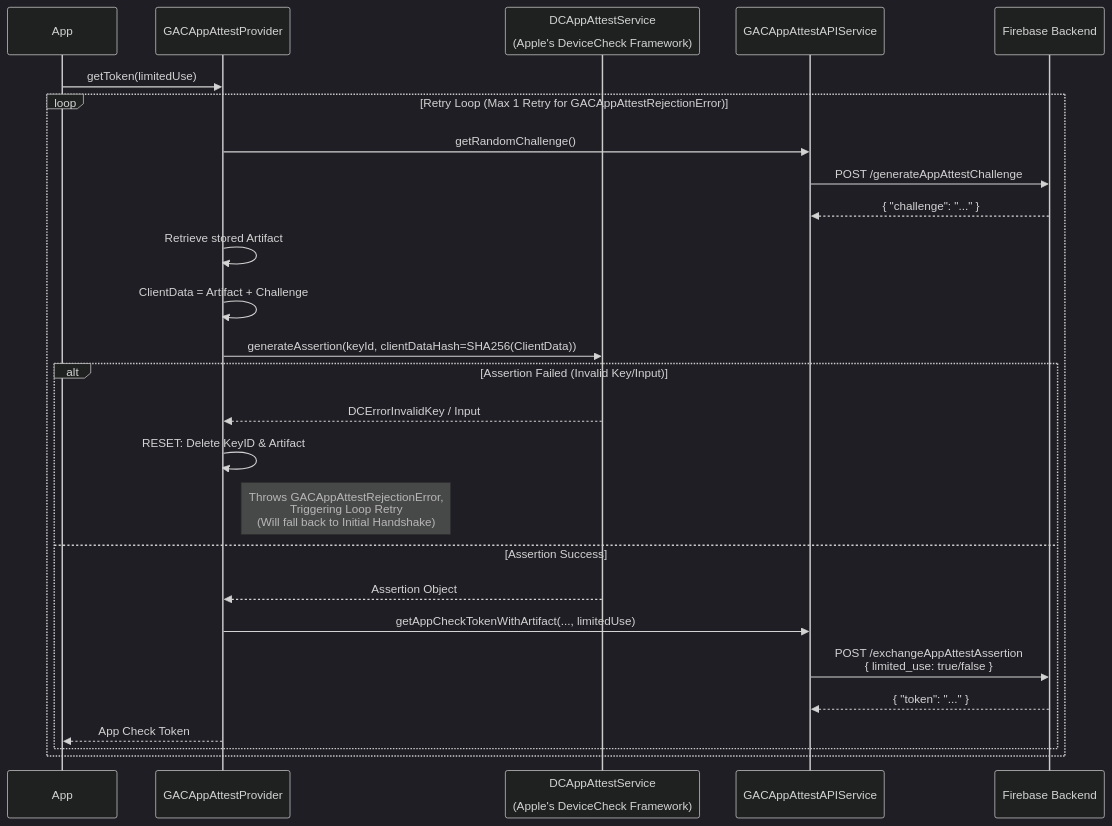
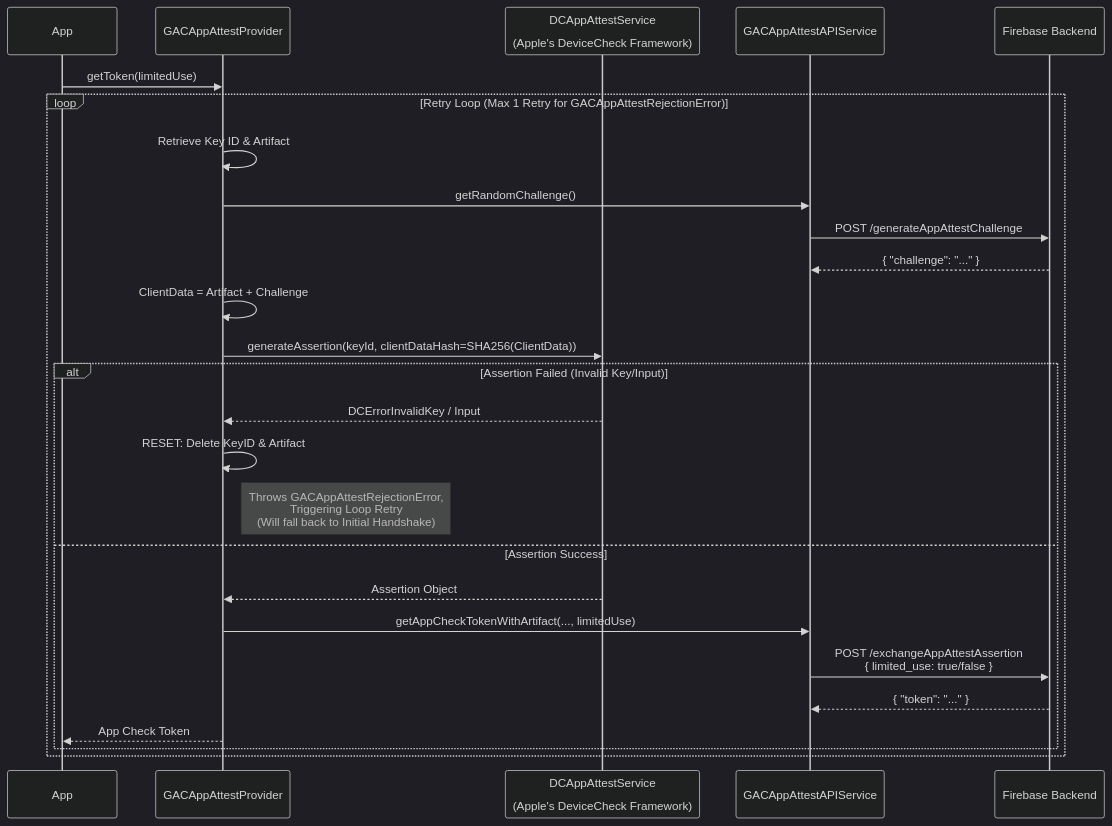
One commit to google/app-check changed the fifth of 5 diagrams in docs/providers/app-attest.md. Above: the diagram before and after it, drawn with Mermaid (dark theme).

````diff
--- a/docs/providers/app-attest.md
+++ b/docs/providers/app-attest.md
@@ -278,34 +278,34 @@
 ```mermaid
 sequenceDiagram
     participant App
     participant Provider as GACAppAttestProvider
     participant Apple as DCAppAttestService<br/><br/>(Apple's DeviceCheck Framework)
     participant API as GACAppAttestAPIService
     participant Backend as Firebase Backend
 
     App->>Provider: getToken(limitedUse)
     
     loop Retry Loop (Max 1 Retry for GACAppAttestRejectionError)
+        Provider->>Provider: Retrieve Key ID & Artifact
         Provider->>API: getRandomChallenge()
         API->>Backend: POST /generateAppAttestChallenge
         Backend-->>API: { "challenge": "..." }
 
-        Provider->>Provider: Retrieve stored Artifact
         Provider->>Provider: ClientData = Artifact + Challenge
         Provider->>Apple: generateAssertion(keyId, clientDataHash=SHA256(ClientData))
         
         alt Assertion Failed (Invalid Key/Input)
             Apple-->>Provider: DCErrorInvalidKey / Input
             Provider->>Provider: RESET: Delete KeyID & Artifact
             Note right of Provider: Throws GACAppAttestRejectionError,<br/>Triggering Loop Retry<br/>(Will fall back to Initial Handshake)
         else Assertion Success
             Apple-->>Provider: Assertion Object
             
             Provider->>API: getAppCheckTokenWithArtifact(..., limitedUse)
             API->>Backend: POST /exchangeAppAttestAssertion<br/>{ limited_use: true/false }
             Backend-->>API: { "token": "..." }
             
             Provider-->>App: App Check Token
         end
     end
 ```
````
